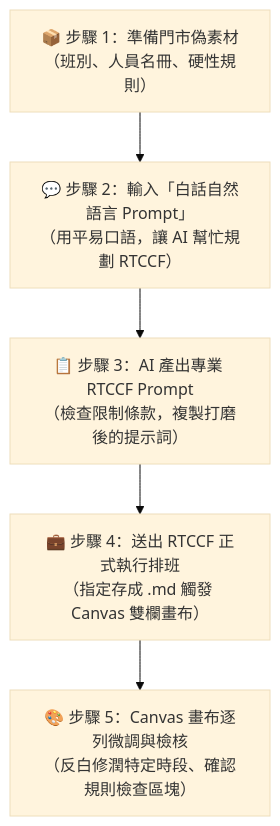
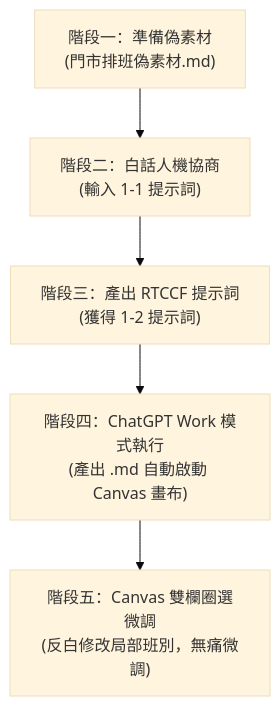
Before and after one commit to roberthsu2003/workflow-productivity: the diagram in 常見的AI應用/實戰範例/01_門市人力排班與規則檢核/README.md, drawn with Mermaid (base theme). The commit also changed other lines of this file and 4 other files, not shown here.

````diff
--- a/常見的AI應用/實戰範例/01_門市人力排班與規則檢核/README.md
+++ b/常見的AI應用/實戰範例/01_門市人力排班與規則檢核/README.md
@@ -23,7 +44,7 @@
 ```mermaid
 flowchart TD
-    M["📦 步驟 1：準備門市偽素材<br>（班別、人員名冊、硬性規則）"] --> P1["💬 步驟 2：輸入「白話自然語言 Prompt」<br>（用平易口語，讓 AI 幫忙規劃 RTCCF）"]
-    P1 --> RTCCF["📋 步驟 3：AI 產出專業 RTCCF Prompt<br>（檢查限制條款，複製打磨後的提示詞）"]
-    RTCCF --> WORK["💼 步驟 4：送出 RTCCF 正式執行排班<br>（指定存成 .md 觸發 Canvas 雙欄畫布）"]
-    WORK --> CANVAS["🎨 步驟 5：Canvas 畫布逐列微調與檢核<br>（反白修潤特定時段、確認規則檢查區塊）"]
+    A["階段一：準備偽素材<br/>(門市排班偽素材.md)"] --> B["階段二：白話人機協商<br/>(輸入 1-1 提示詞)"]
+    B --> C["階段三：產出 RTCCF 提示詞<br/>(獲得 1-2 提示詞)"]
+    C --> D["階段四：ChatGPT Work 模式執行<br/>(產出 .md 自動啟動 Canvas 畫布)"]
+    D --> E["階段五：Canvas 雙欄圈選微調<br/>(反白修改局部班別，無痛微調)"]
 ```
````
